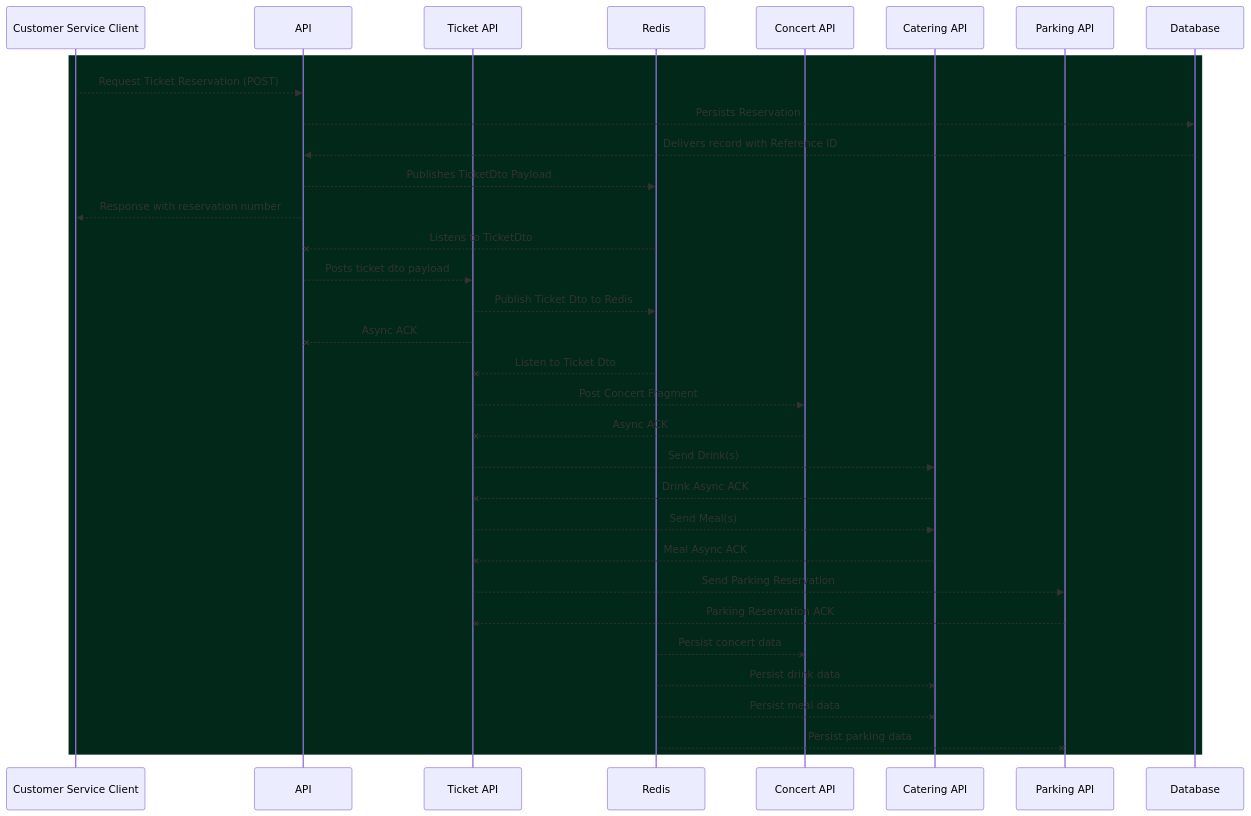
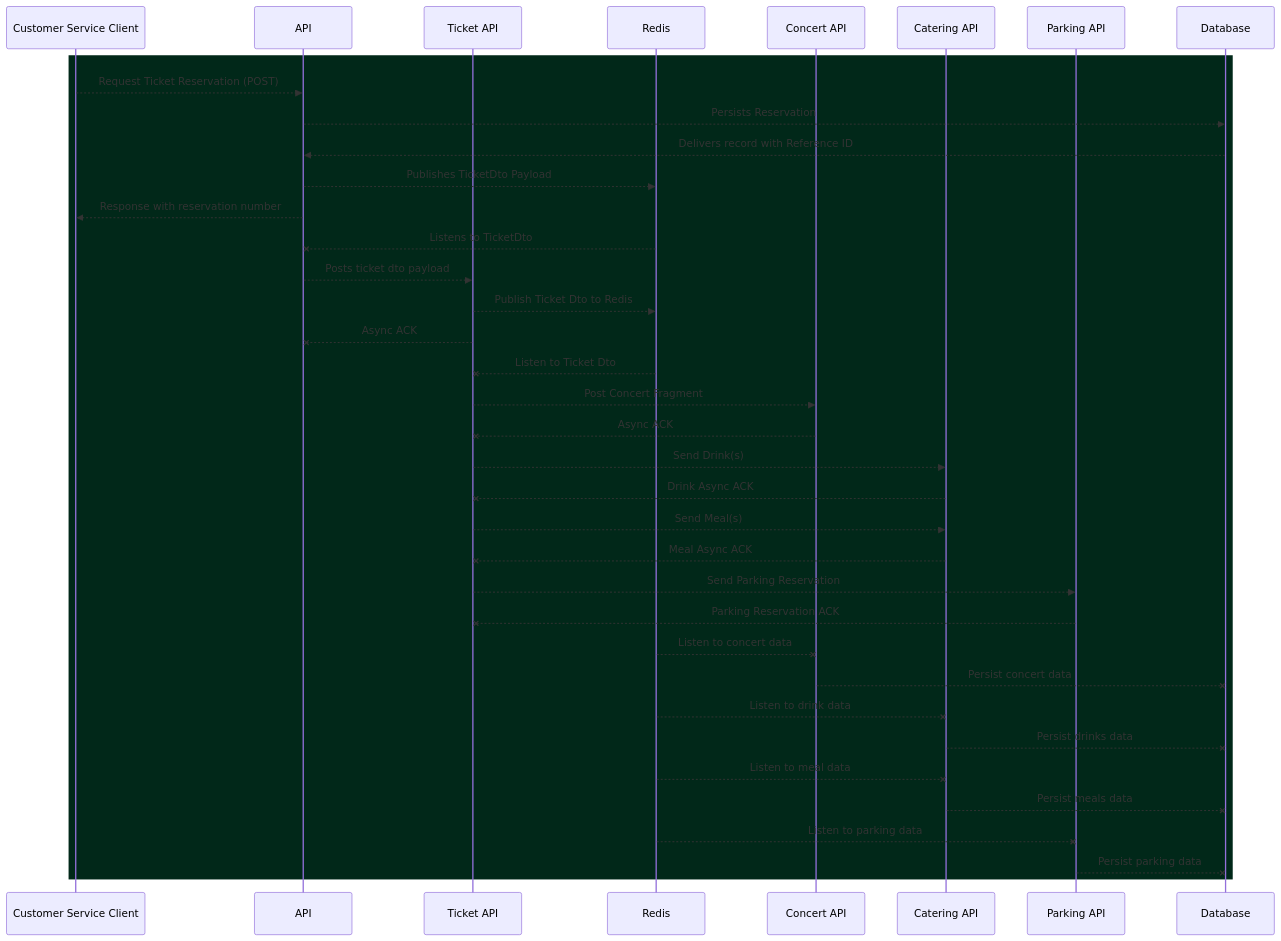
One commit to jesperancinha/buy-odd-yucca-concert changed the diagram in Readme.md. Above: the diagram before and after it, drawn with Mermaid.

Commit message:
🌿🇺🇦🕊 Sequence diagram update

````diff
--- a/Readme.md
+++ b/Readme.md
@@ -153,36 +153,40 @@
 ```mermaid
 sequenceDiagram
     participant Customer Service Client
     participant API
     participant Ticket API
     participant Redis
     participant Concert API
     participant Catering API
     participant Parking API
     participant Database
     
     rect rgb(1,40,25)
         Customer Service Client -->> API: Request Ticket Reservation (POST)
         API -->> Database: Persists Reservation
         Database -->> API: Delivers record with Reference ID
         API -->> Redis: Publishes TicketDto Payload
         API -->> Customer Service Client: Response with reservation number
         Redis --x API: Listens to TicketDto
         API -->> Ticket API: Posts ticket dto payload
         Ticket API -->> Redis: Publish Ticket Dto to Redis
         Ticket API --x API: Async ACK
         Redis --x Ticket API: Listen to Ticket Dto
         Ticket API -->> Concert API: Post Concert Fragment
         Concert API --x Ticket API: Async ACK
         Ticket API -->> Catering API: Send Drink(s)
         Catering API --x Ticket API: Drink Async ACK
         Ticket API -->> Catering API: Send Meal(s)
         Catering API --x Ticket API: Meal Async ACK
         Ticket API -->> Parking API: Send Parking Reservation
         Parking API --x Ticket API: Parking Reservation ACK
-        Redis --x Concert API: Persist concert data
-        Redis --x Catering API: Persist drink data
-        Redis --x Catering API: Persist meal data
-        Redis --x Parking API: Persist parking data
+        Redis --x Concert API: Listen to concert data
+        Concert API --x Database: Persist concert data
+        Redis --x Catering API: Listen to drink data
+        Catering API --x Database: Persist drinks data
+        Redis --x Catering API: Listen to meal data
+        Catering API --x Database: Persist meals data
+        Redis --x Parking API: Listen to parking data
+        Parking API --x Database: Persist parking data
     end
 ```
````
